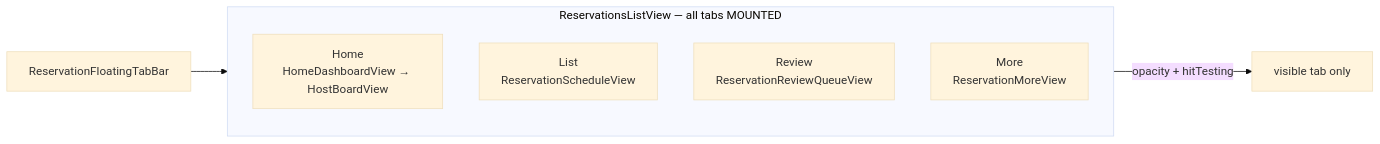
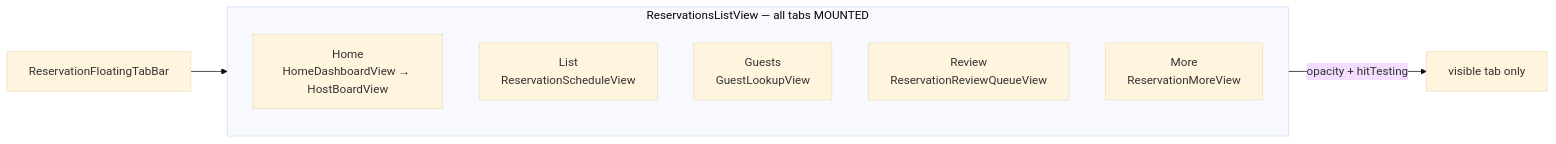
Before and after one commit to bohdan462/Reservation-iOS-App: the third of 12 diagrams in ARCHITECTURE_DIAGRAMS.md, drawn with Mermaid (base theme). The commit also changed other lines of this file and 9 other files, not shown here.

````diff
--- a/ARCHITECTURE_DIAGRAMS.md
+++ b/ARCHITECTURE_DIAGRAMS.md
@@ -112,12 +115,13 @@
 ```mermaid
 flowchart LR
     subgraph Shell["ReservationsListView — all tabs MOUNTED"]
         H["Home<br/>HomeDashboardView → HostBoardView"]
         L["List<br/>ReservationScheduleView"]
+        G["Guests<br/>GuestLookupView"]
         R["Review<br/>ReservationReviewQueueView"]
         M["More<br/>ReservationMoreView"]
     end
 
     TabBar["ReservationFloatingTabBar"] --> Shell
     Shell -->|opacity + hitTesting| Active["visible tab only"]
 ```
````
